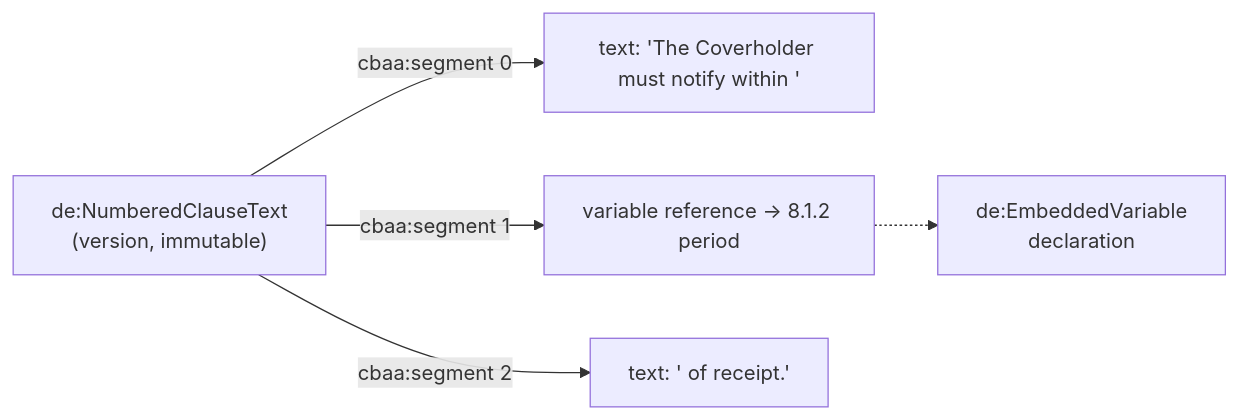
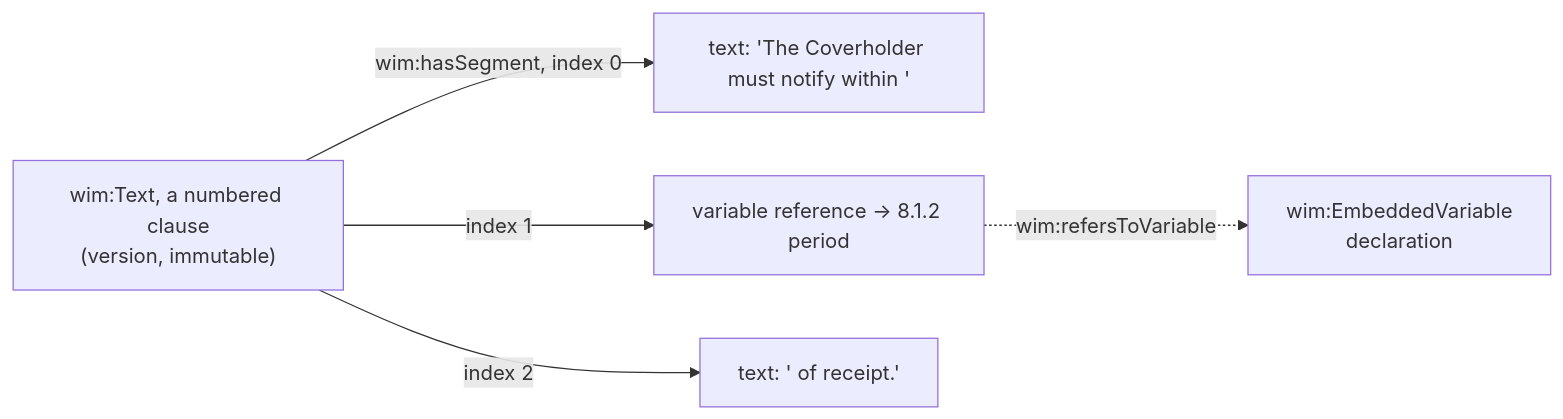
Diagram 16 of 52 in docs/architecture.md (nebularis/open-cbaa), drawn with Mermaid before and after one commit. The commit also changed other lines of this file and 44 other files, not shown here.

````diff
--- a/docs/architecture.md
+++ b/docs/architecture.md
@@ -389,7 +395,7 @@
 ```mermaid
 flowchart LR
-    TX["de:NumberedClauseText<br/>(version, immutable)"] -->|"cbaa:segment 0"| S0["text: 'The Coverholder must notify within '"]
-    TX -->|"cbaa:segment 1"| S1["variable reference → 8.1.2 period"]
-    TX -->|"cbaa:segment 2"| S2["text: ' of receipt.'"]
-    S1 -.-> VD["de:EmbeddedVariable<br/>declaration"]
+    TX["wim:Text, a numbered clause<br/>(version, immutable)"] -->|"wim:hasSegment, index 0"| S0["text: 'The Coverholder must notify within '"]
+    TX -->|"index 1"| S1["variable reference → 8.1.2 period"]
+    TX -->|"index 2"| S2["text: ' of receipt.'"]
+    S1 -.->|"wim:refersToVariable"| VD["wim:EmbeddedVariable<br/>declaration"]
 ```
````
